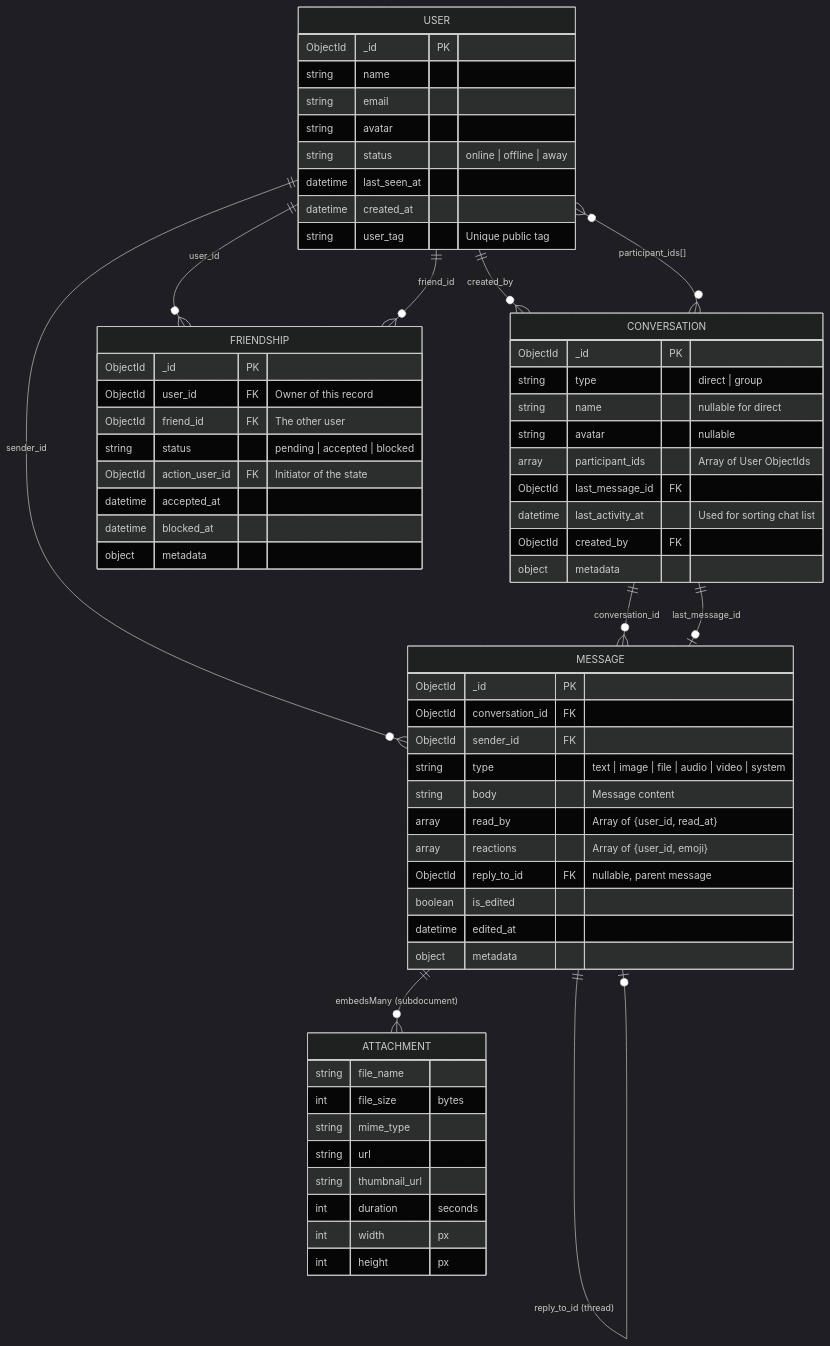
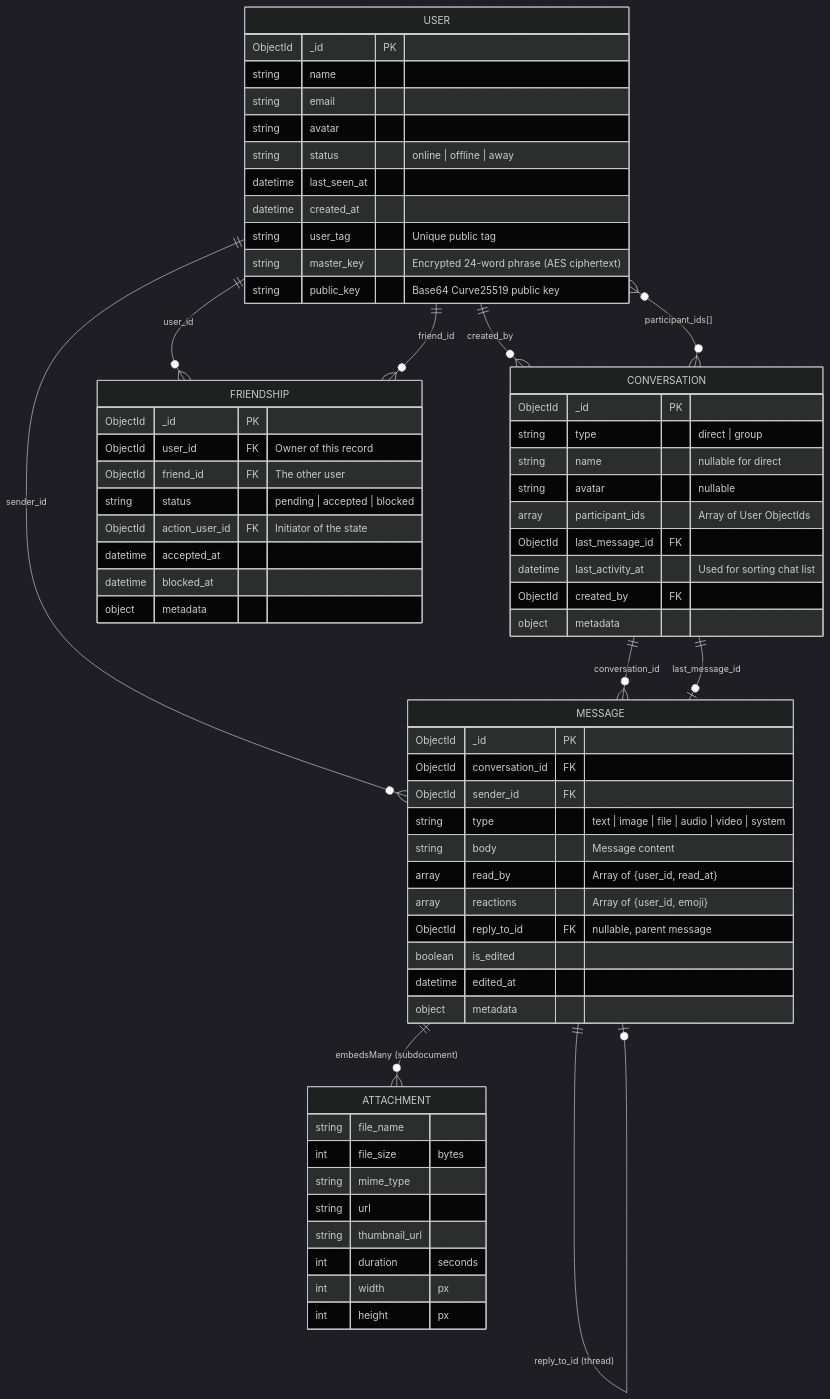
Before and after one commit to HaiqalHarona/SanCo: the diagram in relationship_diagram.md, drawn with Mermaid (dark theme). The commit also changed 57 other files, not shown here.

````diff
--- a/relationship_diagram.md
+++ b/relationship_diagram.md
@@ -5,71 +5,73 @@
 ```mermaid
 erDiagram
     USER {
         ObjectId _id PK
         string name
         string email
         string avatar
         string status "online | offline | away"
         datetime last_seen_at
         datetime created_at
         string user_tag "Unique public tag"
+        string master_key "Encrypted 24-word phrase (AES ciphertext)"
+        string public_key "Base64 Curve25519 public key"
     }
 
     CONVERSATION {
         ObjectId _id PK
         string type "direct | group"
         string name "nullable for direct"
         string avatar "nullable"
         array participant_ids "Array of User ObjectIds"
         ObjectId last_message_id FK
         datetime last_activity_at "Used for sorting chat list"
         ObjectId created_by FK
         object metadata
     }
 
     MESSAGE {
         ObjectId _id PK
         ObjectId conversation_id FK
         ObjectId sender_id FK
         string type "text | image | file | audio | video | system"
         string body "Message content"
         array read_by "Array of {user_id, read_at}"
         array reactions "Array of {user_id, emoji}"
         ObjectId reply_to_id FK "nullable, parent message"
         boolean is_edited
         datetime edited_at
         object metadata
     }
 
     ATTACHMENT {
         string file_name
         int file_size "bytes"
         string mime_type
         string url
         string thumbnail_url
         int duration "seconds"
         int width "px"
         int height "px"
     }
 
     FRIENDSHIP {
         ObjectId _id PK
         ObjectId user_id FK "Owner of this record"
         ObjectId friend_id FK "The other user"
         string status "pending | accepted | blocked"
         ObjectId action_user_id FK "Initiator of the state"
         datetime accepted_at
         datetime blocked_at
         object metadata
     }
 
     USER ||--o{ CONVERSATION : "created_by"
     USER }o--o{ CONVERSATION : "participant_ids[]"
     USER ||--o{ MESSAGE : "sender_id"
     CONVERSATION ||--o{ MESSAGE : "conversation_id"
     CONVERSATION ||--o| MESSAGE : "last_message_id"
     MESSAGE ||--o| MESSAGE : "reply_to_id (thread)"
     MESSAGE ||--o{ ATTACHMENT : "embedsMany (subdocument)"
     USER ||--o{ FRIENDSHIP : "user_id"
     USER ||--o{ FRIENDSHIP : "friend_id"
 ```
````
